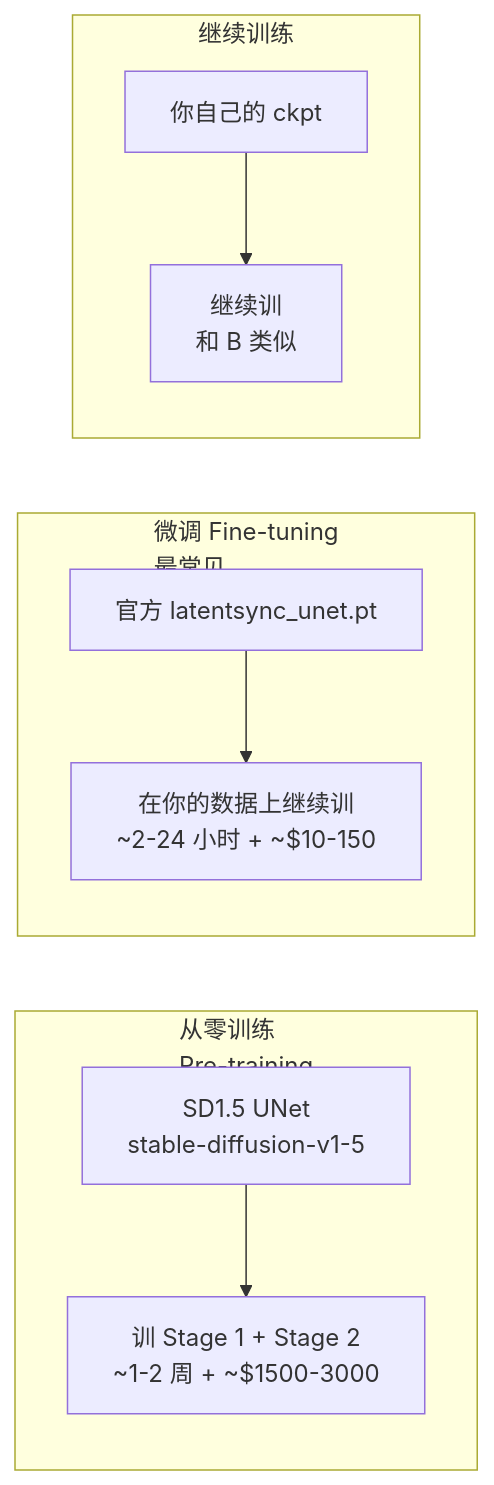
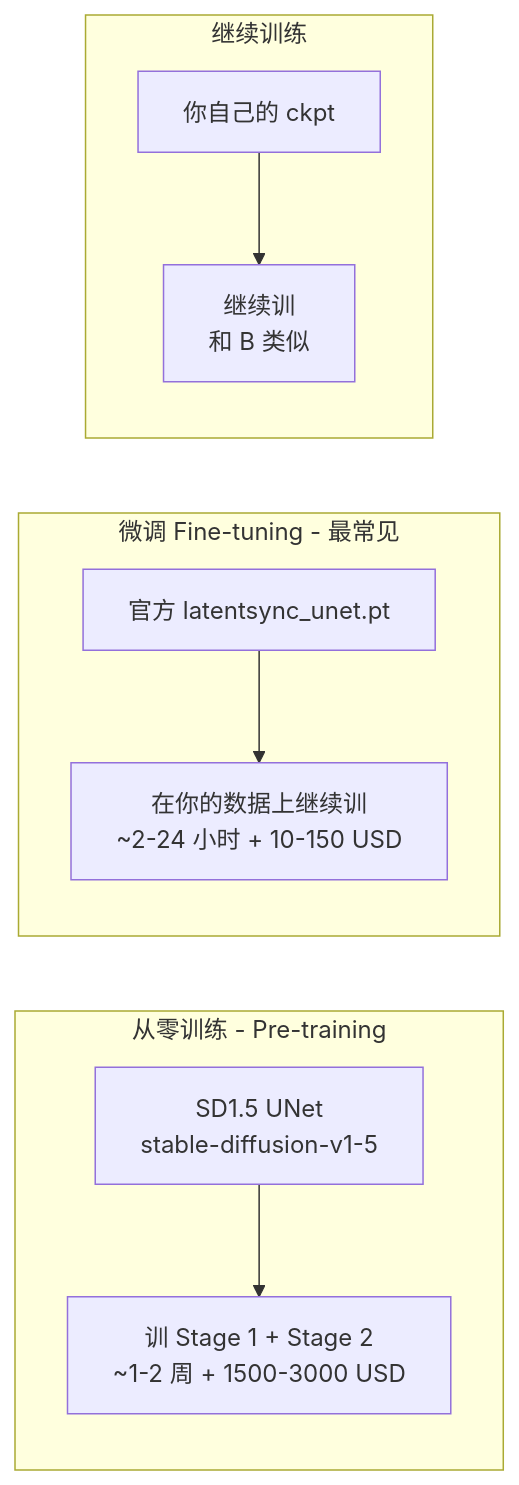
Before and after one commit to liudunxu/LatentSync: diagram 44 of 53 in docs/training_pipeline.md, drawn with Mermaid. The commit also changed other lines of this file, not shown here.

First line of the commit message:
docs: add §20 Badcase-driven fine-tuning strategy selection

````diff
--- a/docs/training_pipeline.md
+++ b/docs/training_pipeline.md
@@ -3445,14 +3445,14 @@
 ```mermaid
 flowchart LR
-    subgraph A[从零训练<br/>Pre-training]
-        A1[SD1.5 UNet<br/>stable-diffusion-v1-5] --> A2[训 Stage 1 + Stage 2<br/>~1-2 周 + ~$1500-3000]
+    subgraph A[从零训练 - Pre-training]
+        A1[SD1.5 UNet<br/>stable-diffusion-v1-5] --> A2[训 Stage 1 + Stage 2<br/>~1-2 周 + 1500-3000 USD]
     end
-    
-    subgraph B[微调 Fine-tuning<br/>最常见]
-        B1[官方 latentsync_unet.pt] --> B2[在你的数据上继续训<br/>~2-24 小时 + ~$10-150]
+
+    subgraph B[微调 Fine-tuning - 最常见]
+        B1[官方 latentsync_unet.pt] --> B2[在你的数据上继续训<br/>~2-24 小时 + 10-150 USD]
     end
-    
+
     subgraph C[继续训练]
         C1[你自己的 ckpt] --> C2[继续训<br/>和 B 类似]
     end
 ```
````
